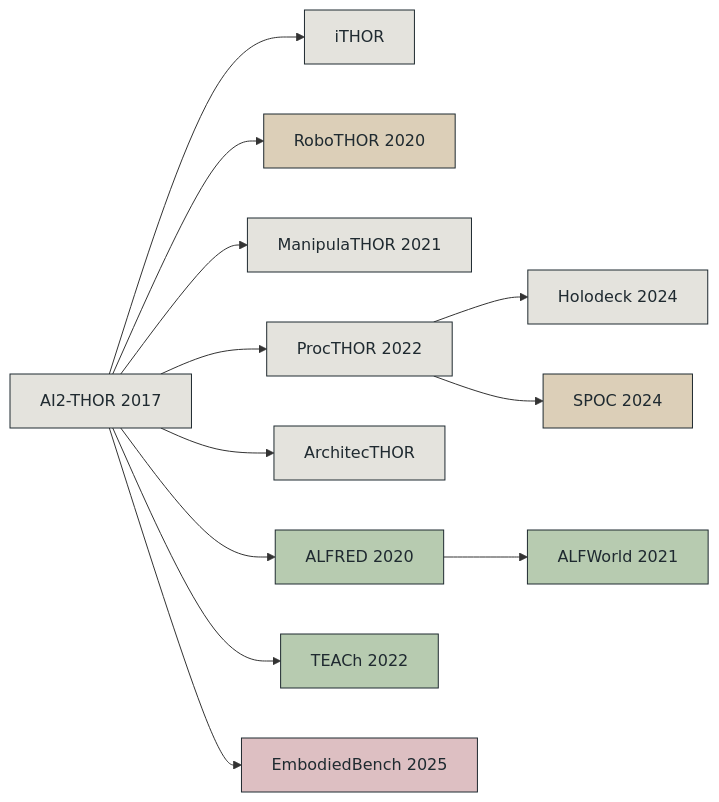
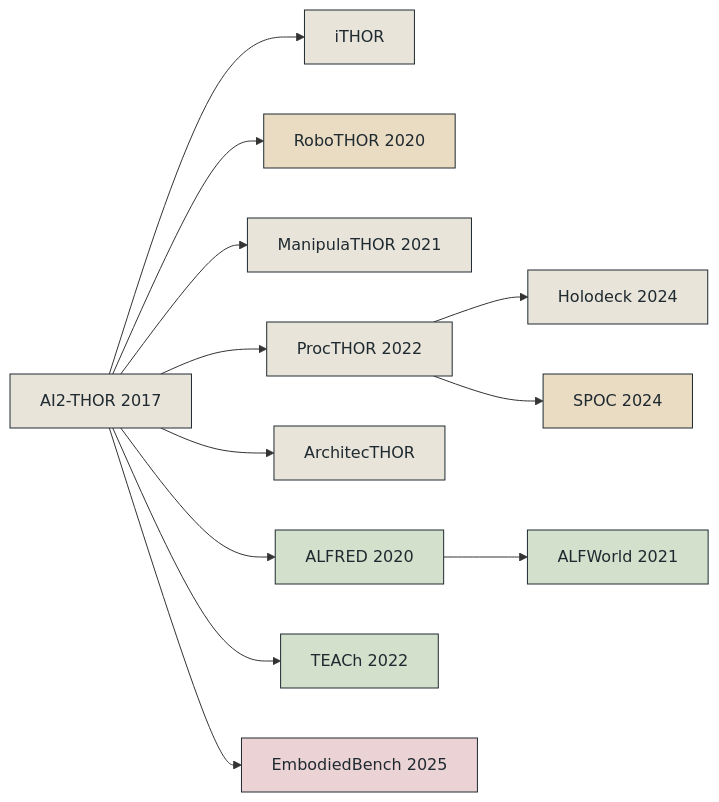
Before and after one commit to XUJay111/awesome-ai2-thor: the diagram in README.md, drawn with Mermaid. The commit also changed 23 other files, not shown here.

````diff
--- a/README.md
+++ b/README.md
@@ -54,22 +54,22 @@
 ```mermaid
 flowchart LR
   A["AI2-THOR 2017"] --> B["iTHOR"]
   A --> C["RoboTHOR 2020"]
   A --> D["ManipulaTHOR 2021"]
   A --> E["ProcTHOR 2022"]
   A --> F["ArchitecTHOR"]
   E --> G["Holodeck 2024"]
   E --> H["SPOC 2024"]
   A --> I["ALFRED 2020"]
   A --> J["TEACh 2022"]
   I --> K["ALFWorld 2021"]
   A --> L["EmbodiedBench 2025"]
-  classDef platform fill:#E4E3DD,color:#1F2A30,stroke:#1F2A30
-  classDef navigation fill:#DCCFB8,color:#1F2A30,stroke:#1F2A30
-  classDef household fill:#B7CBB0,color:#1F2A30,stroke:#1F2A30
-  classDef evaluation fill:#DDBFC2,color:#1F2A30,stroke:#1F2A30
+  classDef platform fill:#E8E4DA,color:#1F2A30,stroke:#1F2A30
+  classDef navigation fill:#EADCC3,color:#1F2A30,stroke:#1F2A30
+  classDef household fill:#D3E0CC,color:#1F2A30,stroke:#1F2A30
+  classDef evaluation fill:#EBD3D5,color:#1F2A30,stroke:#1F2A30
   class A,B,D,E,F,G platform
   class C,H navigation
   class I,J,K household
   class L evaluation
 ```
````
